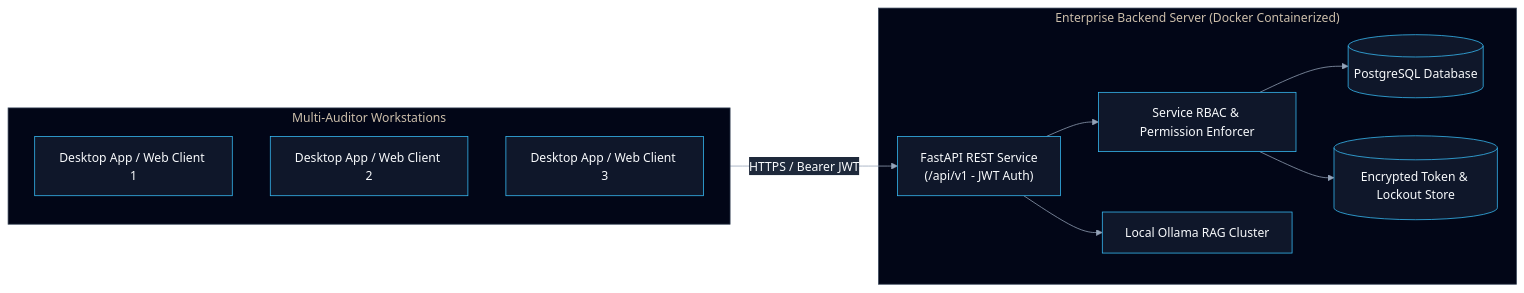
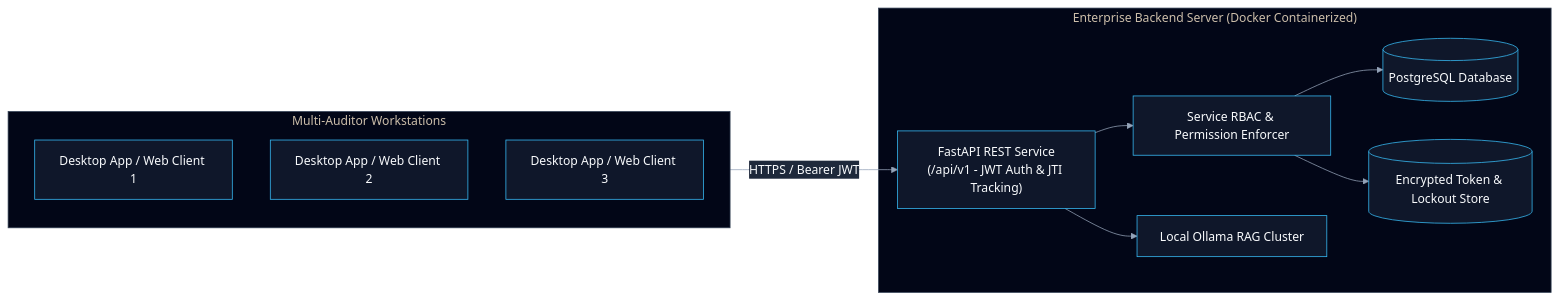
The third of 4 diagrams in README.md (Coderaryanyadav/FinAuditPro), drawn with Mermaid before and after one commit. The commit also changed other lines of this file and 5 other files, not shown here.

````diff
--- a/README.md
+++ b/README.md
@@ -202,35 +198,35 @@
 ```mermaid
 %%{init: {
   'theme': 'base',
   'themeVariables': {
     'primaryColor': '#0f172a',
     'primaryTextColor': '#f8fafc',
     'primaryBorderColor': '#38bdf8',
     'lineColor': '#94a3b8',
     'secondaryColor': '#1e293b',
     'tertiaryColor': '#334155',
     'clusterBkg': '#020617',
     'clusterBorder': '#334155'
   }
 }}%%
 flowchart LR
     subgraph Workstations[" Multi-Auditor Workstations"]
         W1["Desktop App / Web Client 1"]
         W2["Desktop App / Web Client 2"]
         W3["Desktop App / Web Client 3"]
     end
 
     subgraph Server[" Enterprise Backend Server (Docker Containerized)"]
-        API["FastAPI REST Service\n(/api/v1 - JWT Auth)"]
+        API["FastAPI REST Service\n(/api/v1 - JWT Auth & JTI Tracking)"]
         RBAC_Gate["Service RBAC & Permission Enforcer"]
         Postgres[(PostgreSQL Database)]
         Redis_Store[("Encrypted Token & Lockout Store")]
         Ollama_Server["Local Ollama RAG Cluster"]
     end
 
     Workstations -->|HTTPS / Bearer JWT| API
     API --> RBAC_Gate
     RBAC_Gate --> Postgres
     RBAC_Gate --> Redis_Store
     API --> Ollama_Server
 ```
````
